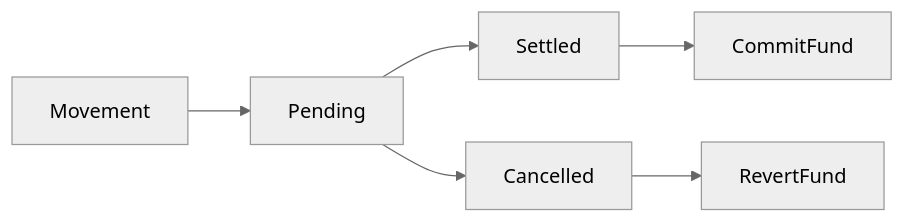
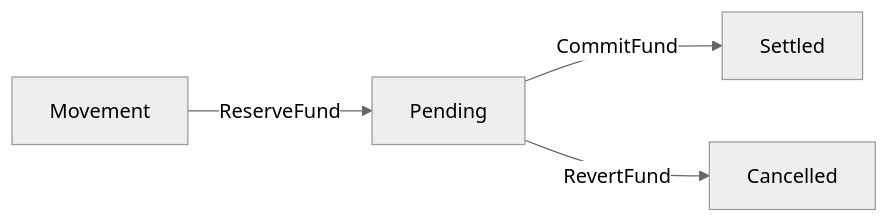
The second of 6 diagrams in README.md (raychongtk/wallet), drawn with Mermaid (neutral theme) before and after one commit. The commit also changed other lines of this file, not shown here.

````diff
--- a/README.md
+++ b/README.md
@@ -128,8 +128,6 @@
 ```mermaid
 flowchart LR
-    Movement --> Pending
-    Pending --> Settled
-    Pending --> Cancelled
-    Cancelled --> RevertFund
-    Settled --> CommitFund
+    Movement -->|ReserveFund| Pending
+    Pending -->|CommitFund| Settled
+    Pending -->|RevertFund| Cancelled
 ```
````
